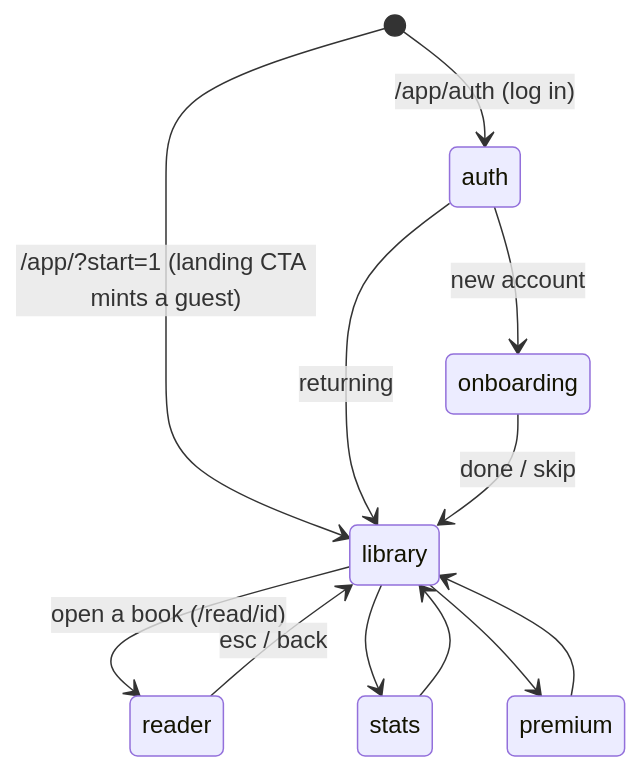
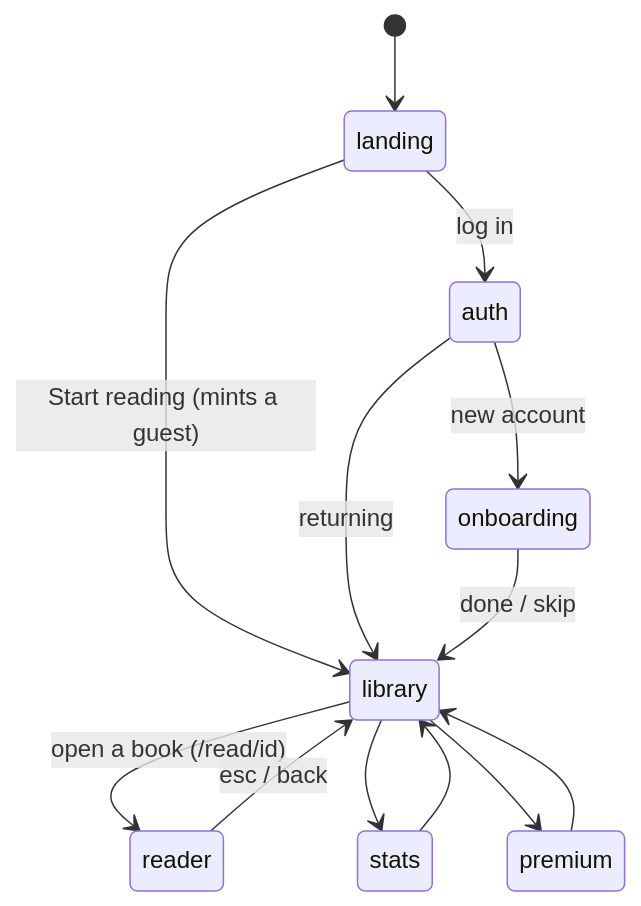
One commit to one-more-refactor/flick-web changed the first of 2 diagrams in README.md. Above: the diagram before and after it, drawn with Mermaid. The commit also changed other lines of this file and 66 other files, not shown here.

First line of the commit message:
the landing comes home: native, i18n'd, one origin, no /app/ split

````diff
--- a/README.md
+++ b/README.md
@@ -26,14 +26,15 @@
 ```mermaid
 stateDiagram-v2
-    [*] --> library : /app/?start=1 (landing CTA mints a guest)
-    [*] --> auth : /app/auth (log in)
+    [*] --> landing
+    landing --> library : Start reading (mints a guest)
+    landing --> auth : log in
     auth --> onboarding : new account
     auth --> library : returning
     onboarding --> library : done / skip
     library --> reader : open a book (/read/id)
     reader --> library : esc / back
     library --> stats
     stats --> library
     library --> premium
     premium --> library
 ```
````
